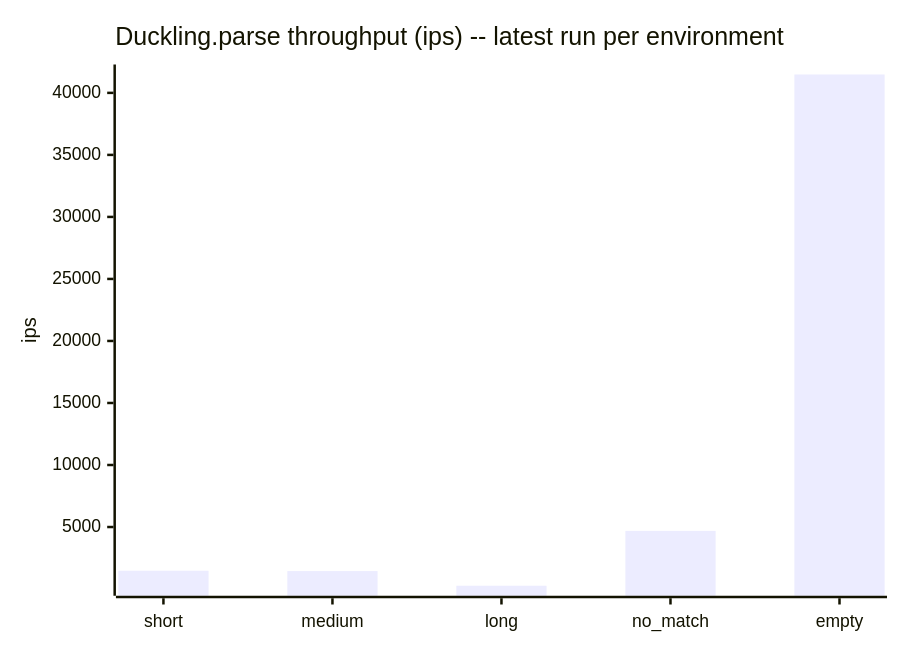
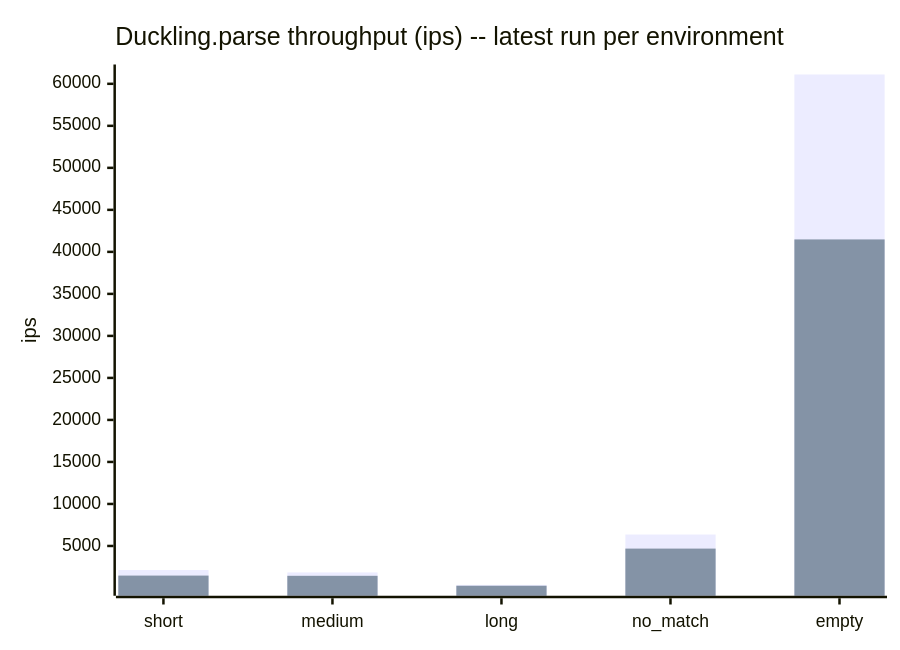
One commit to cpb/duckling changed the first of 2 diagrams in docs/benchmarks/README.md. Above: the diagram before and after it, drawn with Mermaid. The commit also changed other lines of this file and 1 other file, not shown here.

First line of the commit message:
Record claude-code-web benchmark results for 0.2.0

````diff
--- a/docs/benchmarks/README.md
+++ b/docs/benchmarks/README.md
@@ -37,7 +52,8 @@
 ```mermaid
 xychart-beta
     title "Duckling.parse throughput (ips) -- latest run per environment"
     x-axis [short, medium, long, no_match, empty]
     y-axis "ips"
+    bar "claude-code-web" [2135.1, 1852.3, 366.0, 6362.9, 61108.3]
     bar "local" [1474.4, 1448.1, 265.1, 4686.9, 41481.2]
 ```
````
